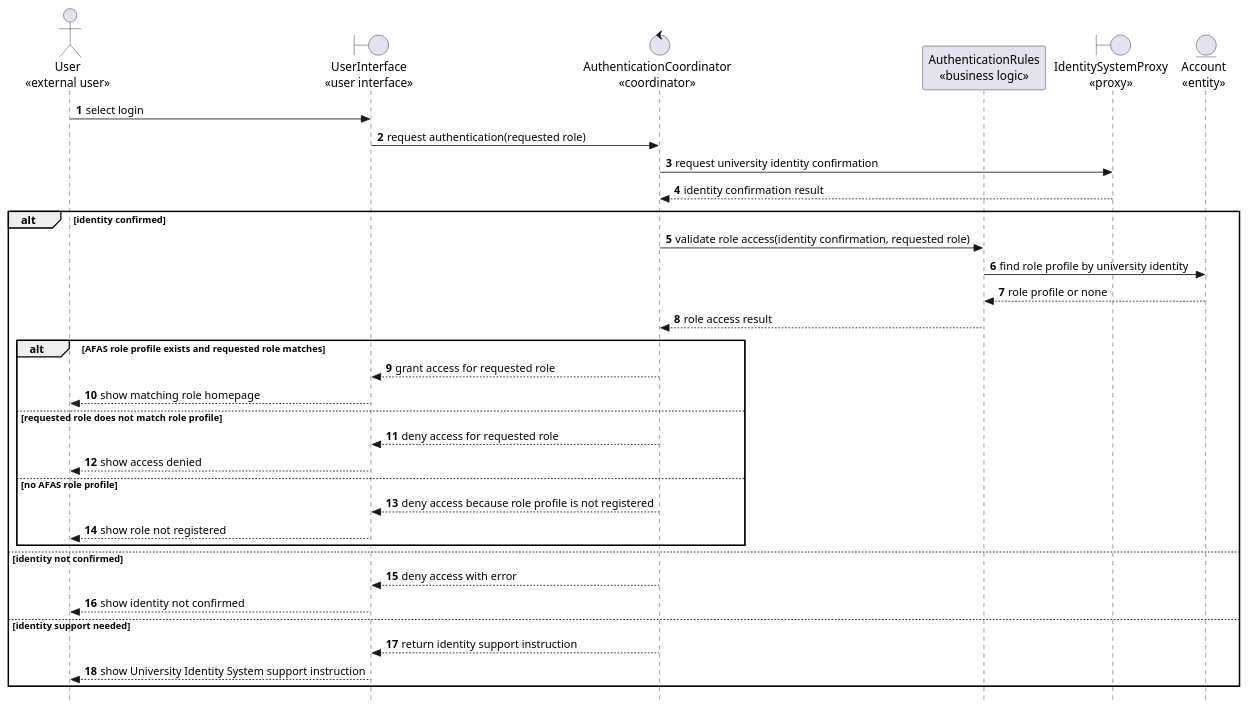
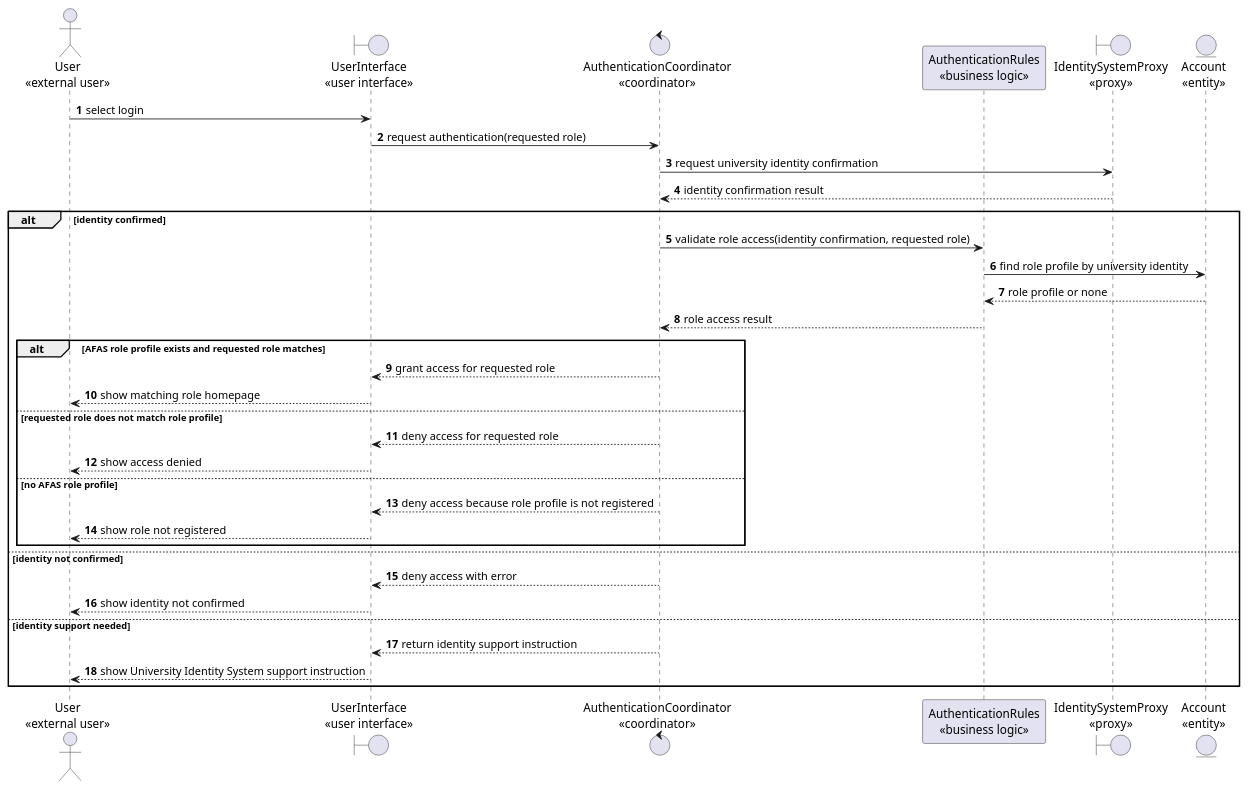
The seventh of 26 diagrams in docs/rds/2_Analysis.md (nttung42/SWD392), drawn with PlantUML before and after one commit. The commit also changed other lines of this file and 3 other files, not shown here.

````diff
--- a/docs/rds/2_Analysis.md
+++ b/docs/rds/2_Analysis.md
@@ -312,41 +312,40 @@
 ```plantuml
 @startuml
-skinparam style strictuml
 autonumber
 actor "User\n«external user»" as User
 boundary "UserInterface\n«user interface»" as AccessUI
 control "AuthenticationCoordinator\n«coordinator»" as AuthControl
 participant "AuthenticationRules\n«business logic»" as AuthRules
 boundary "IdentitySystemProxy\n«proxy»" as UISInterface
 entity "Account\n«entity»" as Account
 
 User -> AccessUI : select login
 AccessUI -> AuthControl : request authentication(requested role)
 
 AuthControl -> UISInterface : request university identity confirmation
 UISInterface --> AuthControl : identity confirmation result
 
 alt identity confirmed
   AuthControl -> AuthRules : validate role access(identity confirmation, requested role)
   AuthRules -> Account : find role profile by university identity
   Account --> AuthRules : role profile or none
   AuthRules --> AuthControl : role access result
   alt AFAS role profile exists and requested role matches
     AuthControl --> AccessUI : grant access for requested role
     AccessUI --> User : show matching role homepage
   else requested role does not match role profile
     AuthControl --> AccessUI : deny access for requested role
     AccessUI --> User : show access denied
   else no AFAS role profile
     AuthControl --> AccessUI : deny access because role profile is not registered
     AccessUI --> User : show role not registered
   end
 else identity not confirmed
   AuthControl --> AccessUI : deny access with error
   AccessUI --> User : show identity not confirmed
 else identity support needed
   AuthControl --> AccessUI : return identity support instruction
   AccessUI --> User : show University Identity System support instruction
 end
 @enduml
 ```
````
